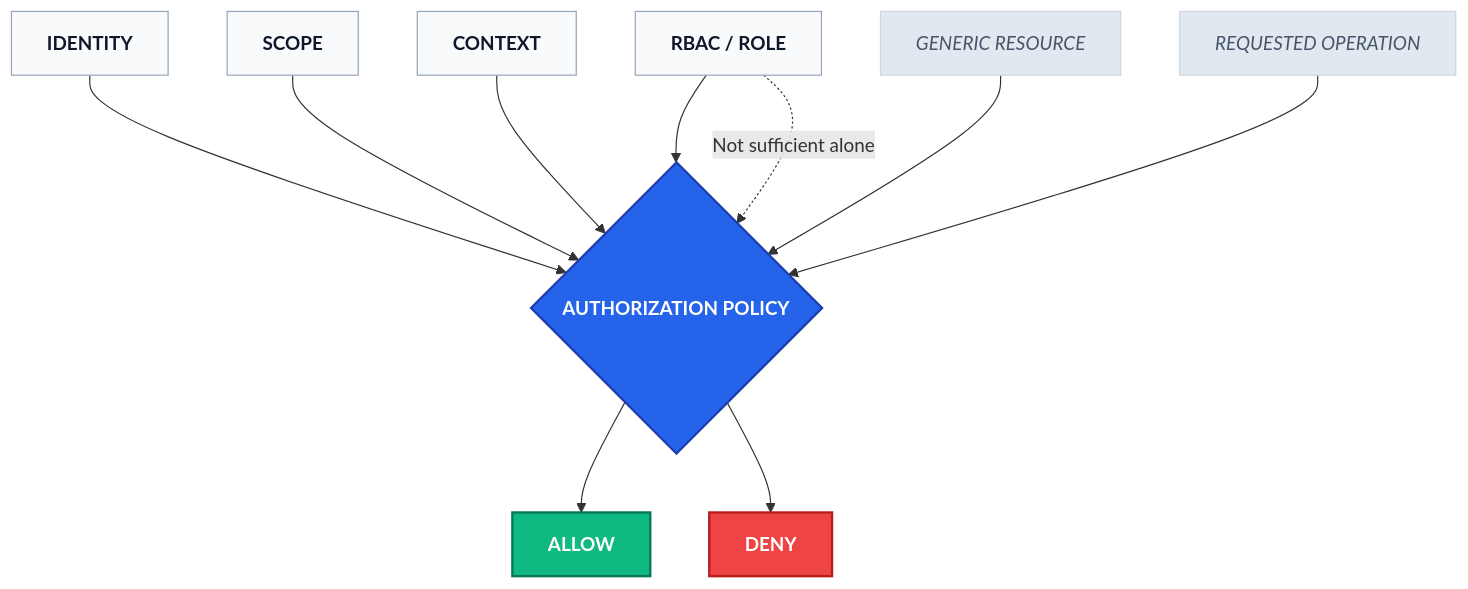
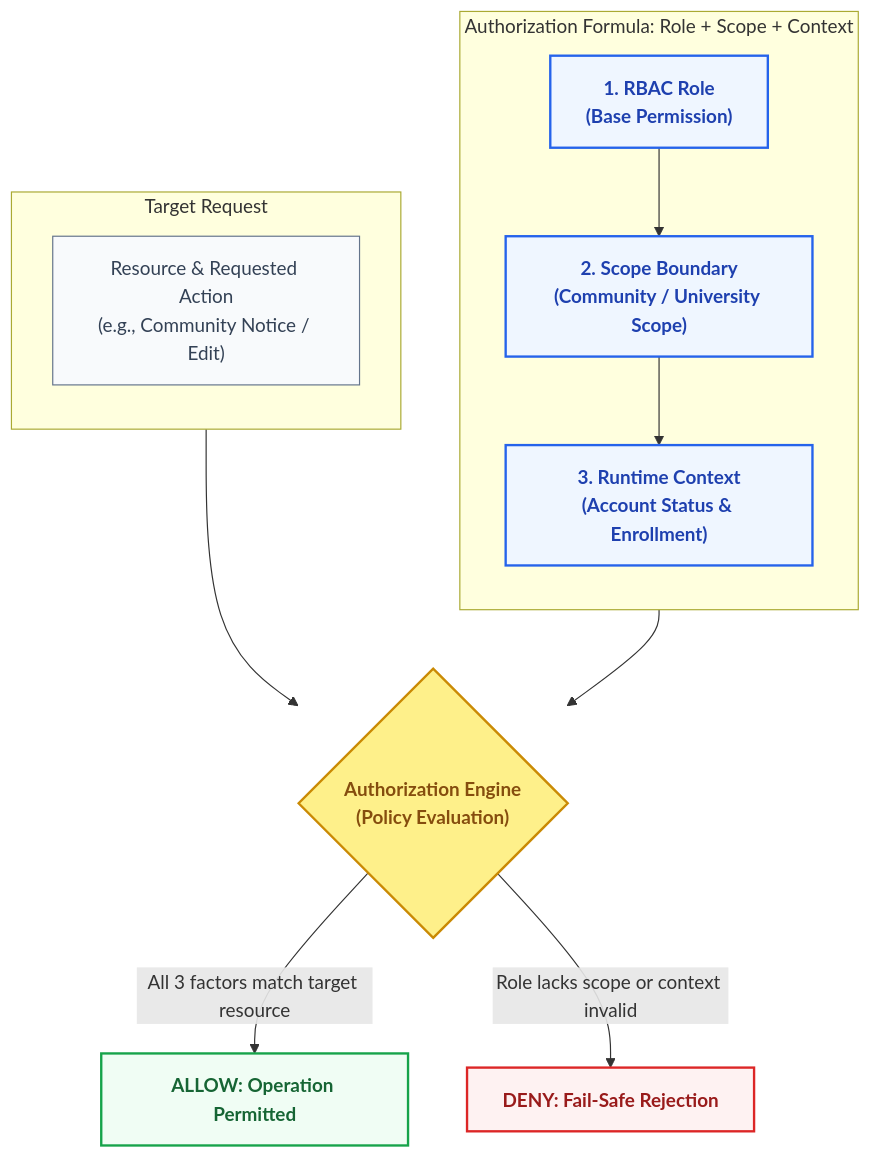
Before and after one commit to davidalbertstark-lab/Lenar: the third of 4 diagrams in docs/product/07-Security-Privacy-Governance.md, drawn with Mermaid. The commit also changed other lines of this file and 28 other files, not shown here.

Commit message:
docs: system-wide diagram redesign for first-instance comprehension

````diff
--- a/docs/product/07-Security-Privacy-Governance.md
+++ b/docs/product/07-Security-Privacy-Governance.md
@@ -164,32 +183,27 @@
 ```mermaid
 flowchart TD
-    classDef input fill:#f8fafc,stroke:#94a3b8,stroke-width:1px,color:#0f172a,font-weight:bold
-    classDef policy fill:#2563eb,color:#fff,stroke:#1e40af,stroke-width:2px,font-weight:bold
-    classDef allow fill:#10b981,color:#fff,stroke:#047857,stroke-width:2px,font-weight:bold
-    classDef deny fill:#ef4444,color:#fff,stroke:#b91c1c,stroke-width:2px,font-weight:bold
-    classDef generic fill:#e2e8f0,stroke:#cbd5e1,stroke-width:1px,color:#475569,font-style:italic
+    classDef condition fill:#eff6ff,stroke:#2563eb,stroke-width:2px,color:#1e40af,font-weight:bold
+    classDef target fill:#f8fafc,stroke:#64748b,stroke-width:1px,color:#334155
+    classDef decision fill:#fef08a,stroke:#ca8a04,stroke-width:2px,color:#854d0e,font-weight:bold
+    classDef allow fill:#f0fdf4,stroke:#16a34a,stroke-width:2px,color:#166534,font-weight:bold
+    classDef deny fill:#fef2f2,stroke:#dc2626,stroke-width:2px,color:#991b1b,font-weight:bold
 
-    I[IDENTITY]
-    R[RBAC / ROLE]
-    S[SCOPE]
-    C[CONTEXT]
-    
-    Res[GENERIC RESOURCE]
-    A[REQUESTED OPERATION]
-    
-    AP{AUTHORIZATION POLICY}
-    
-    I & R & S & C & Res & A --> AP
-    
-    AP --> AL[ALLOW]
-    AP --> DN[DENY]
-    
-    class I,R,S,C input;
-    class Res,A generic;
-    class AP policy;
-    class AL allow;
-    class DN deny;
-    
-    %% Note to emphasize role alone is insufficient
-    R -. "Not sufficient alone" .-> AP
+    subgraph Formula ["Authorization Formula: Role + Scope + Context"]
+        direction TB
+        Role["1. RBAC Role\n(Base Permission)"]:::condition
+        Scope["2. Scope Boundary\n(Community / University Scope)"]:::condition
+        Context["3. Runtime Context\n(Account Status & Enrollment)"]:::condition
+        Role --> Scope --> Context
+    end
+
+    subgraph Operation ["Target Request"]
+        direction TB
+        Target["Resource & Requested Action\n(e.g., Community Notice / Edit)"]:::target
+    end
+
+    Context --> Authz{"Authorization Engine\n(Policy Evaluation)"}:::decision
+    Target --> Authz
+
+    Authz -->|"All 3 factors match target resource"| Allow["ALLOW: Operation Permitted"]:::allow
+    Authz -->|"Role lacks scope or context invalid"| Deny["DENY: Fail-Safe Rejection"]:::deny
 ```
````
